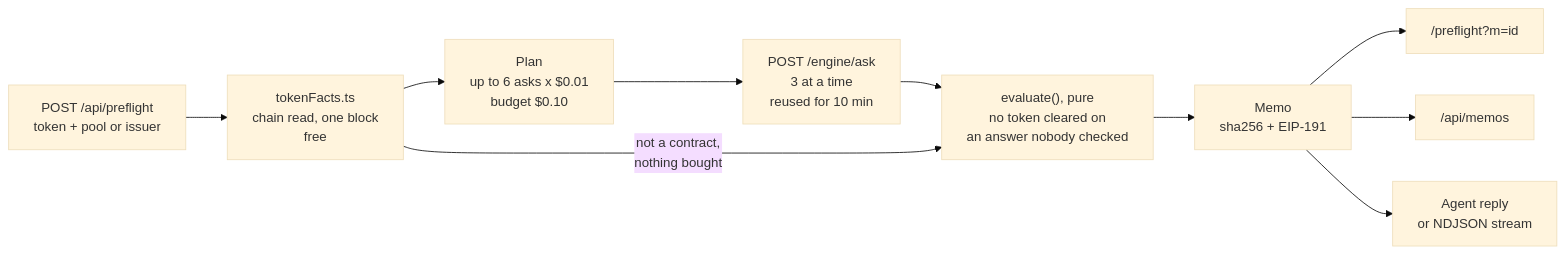
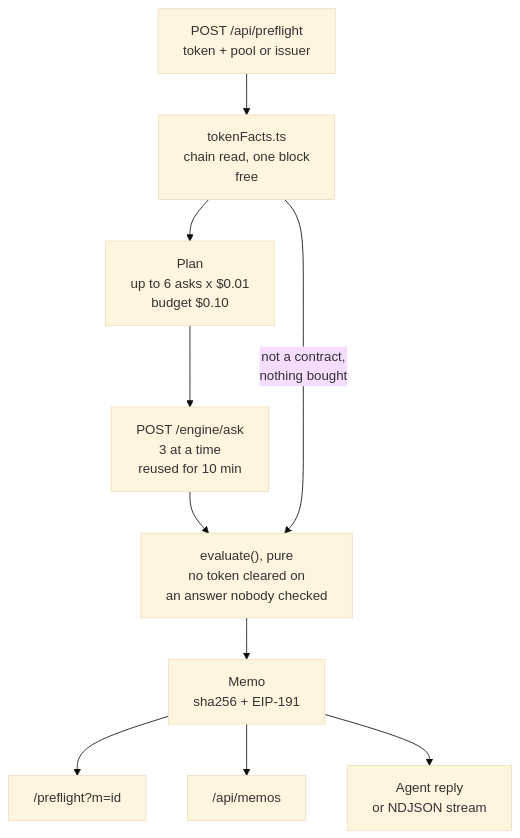
Before and after one commit to mrnetwork0001/Truvian: the third of 7 diagrams in README.md, drawn with Mermaid (base theme). The commit also changed other lines of this file, not shown here.

````diff
--- a/README.md
+++ b/README.md
@@ -150,12 +195,12 @@
 ```mermaid
-flowchart LR
+flowchart TB
   IN["POST /api/preflight<br/>token + pool or issuer"] --> READ["tokenFacts.ts<br/>chain read, one block<br/>free"]
   READ --> PLAN["Plan<br/>up to 6 asks x $0.01<br/>budget $0.10"]
   PLAN --> BUY["POST /engine/ask<br/>3 at a time<br/>reused for 10 min"]
   BUY --> EVAL["evaluate(), pure<br/>no token cleared on<br/>an answer nobody checked"]
   READ -- "not a contract,<br/>nothing bought" --> EVAL
   EVAL --> MEMO["Memo<br/>sha256 + EIP-191"]
   MEMO --> PAGE["/preflight?m=id"]
   MEMO --> FEED["/api/memos"]
   MEMO --> REPLY["Agent reply<br/>or NDJSON stream"]
 ```
````
